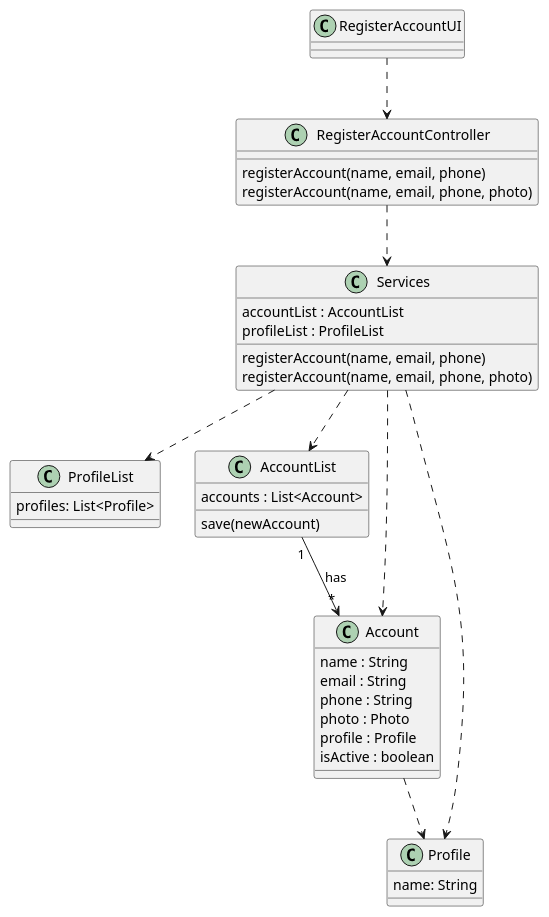
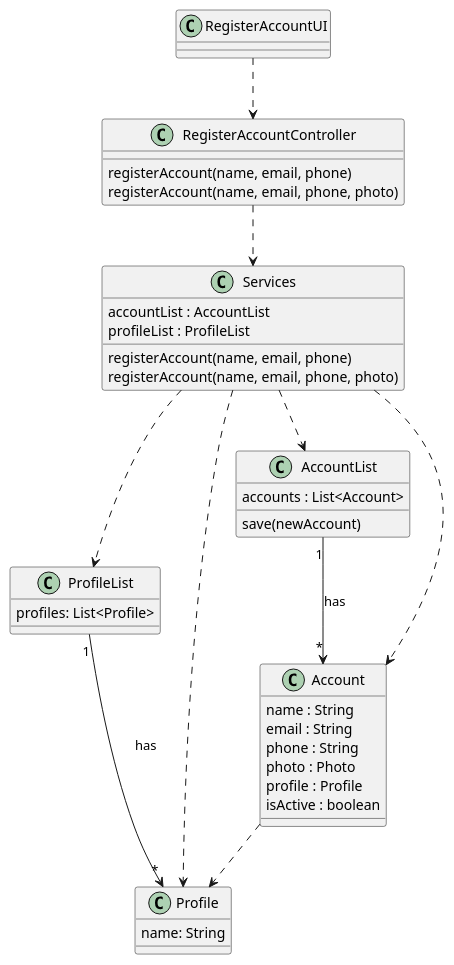
One commit to ivo-menezes/project_g3 changed the diagram in docs/modelling_design/user_stories/us002/US002_RegisterUserCD.puml. Above: the diagram before and after it, drawn with PlantUML.

Commit message:
US002: Design: updated RegisterUserCD

```diff
--- a/docs/modelling_design/user_stories/us002/US002_RegisterUserCD.puml
+++ b/docs/modelling_design/user_stories/us002/US002_RegisterUserCD.puml
@@ -1,48 +1,49 @@
 @startuml
 
 class RegisterAccountUI {}
 
 class RegisterAccountController {
 registerAccount(name, email, phone)
 registerAccount(name, email, phone, photo)
 }
 
 class Services {
 accountList : AccountList
 profileList : ProfileList
 registerAccount(name, email, phone)
 registerAccount(name, email, phone, photo)
 }
 
 class ProfileList {
 profiles: List<Profile>
 }
 
 class AccountList {
 accounts : List<Account>
 save(newAccount)
 }
 
 class Profile {
 name: String
 }
 
 class Account {
 name : String
 email : String
 phone : String
 photo : Photo
 profile : Profile
 isActive : boolean
 }
 
 RegisterAccountUI ..> RegisterAccountController
 RegisterAccountController ..> Services
 Services ..> ProfileList
 Services ..> Profile
 Services ..> AccountList
 Services ..> Account
 Account ..> Profile
 AccountList "1" --> "*" Account : has
+ProfileList "1" --> "*" Profile : has
 
 @enduml
```
